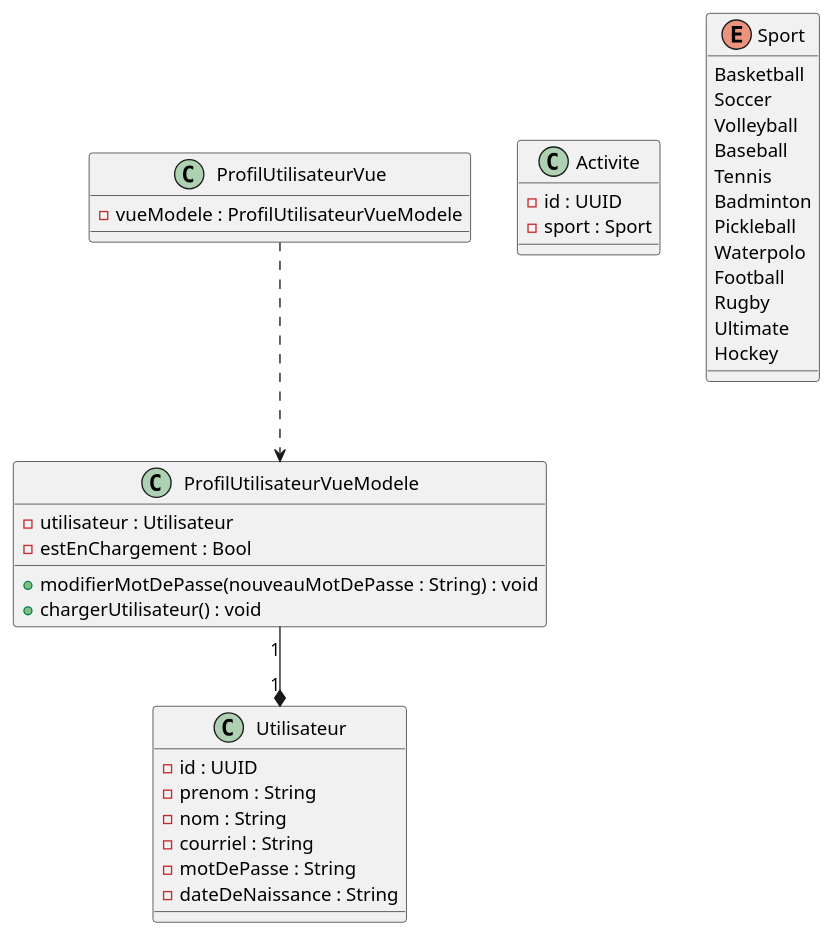
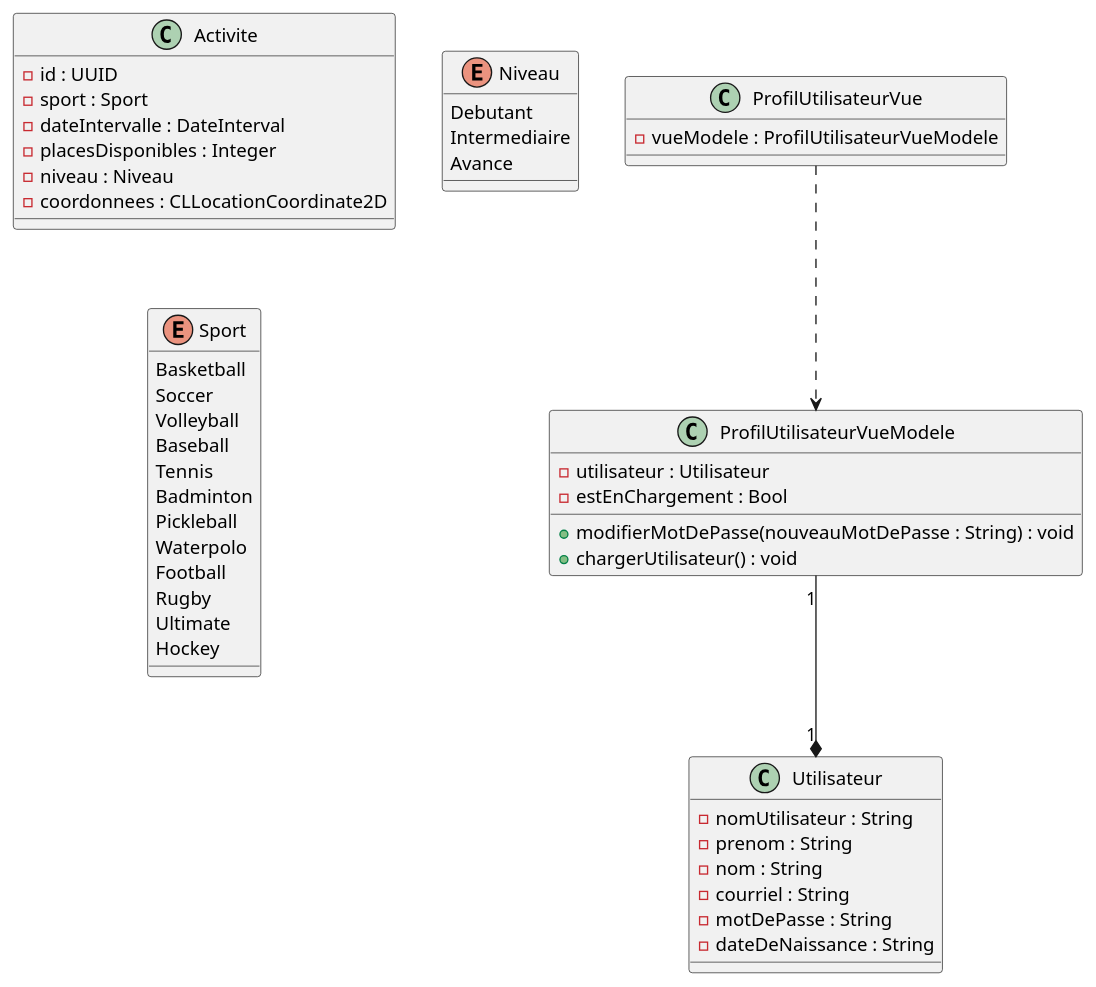
The diagram in diagrams/src/mvvm.puml (mrquaternion/SportLink), drawn with PlantUML before and after one commit.

Commit message:
mvvm changement

```diff
--- a/diagrams/src/mvvm.puml
+++ b/diagrams/src/mvvm.puml
@@ -1,47 +1,57 @@
 @startuml SportLink
 
 class Utilisateur {
-  - {field} id : UUID
+  - {field} nomUtilisateur : String
   - {field} prenom : String
   - {field} nom : String
   - {field} courriel : String
   - {field} motDePasse : String
   - {field} dateDeNaissance : String
 }
 
 class ProfilUtilisateurVueModele {
   - {field} utilisateur : Utilisateur
   - {field} estEnChargement : Bool
   + {method} modifierMotDePasse(nouveauMotDePasse : String) : void
   + {method} chargerUtilisateur() : void
 }
 
 class ProfilUtilisateurVue {
   - vueModele : ProfilUtilisateurVueModele
 }
 
 ProfilUtilisateurVueModele "1" --* "1" Utilisateur
 ProfilUtilisateurVue ..> ProfilUtilisateurVueModele
 
 class Activite {
   - {field} id : UUID
   - {field} sport : Sport
+  - {field} dateIntervalle : DateInterval 
+  - {field} placesDisponibles : Integer
+  - {field} niveau : Niveau
+  - {field} coordonnees : CLLocationCoordinate2D
 }
+
+enum Niveau {
+  Debutant
+  Intermediaire
+  Avance
+  }
 
 enum Sport {
   Basketball
   Soccer
   Volleyball
   Baseball
   Tennis
   Badminton
   Pickleball
   Waterpolo
   Football
   Rugby
   Ultimate
   Hockey
 }
 
 
 @enduml
```
